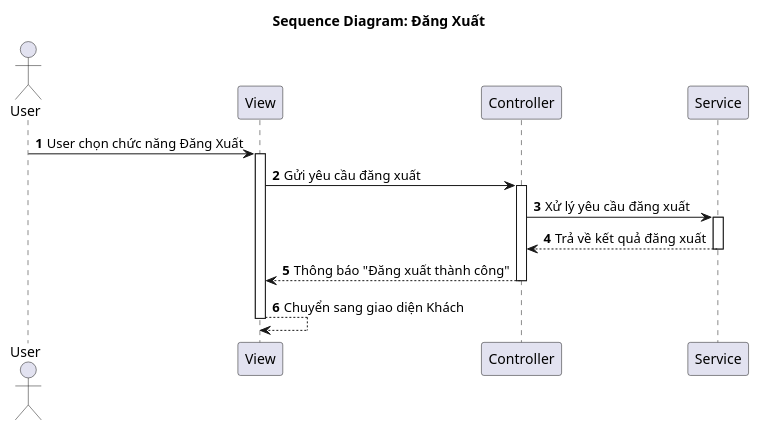
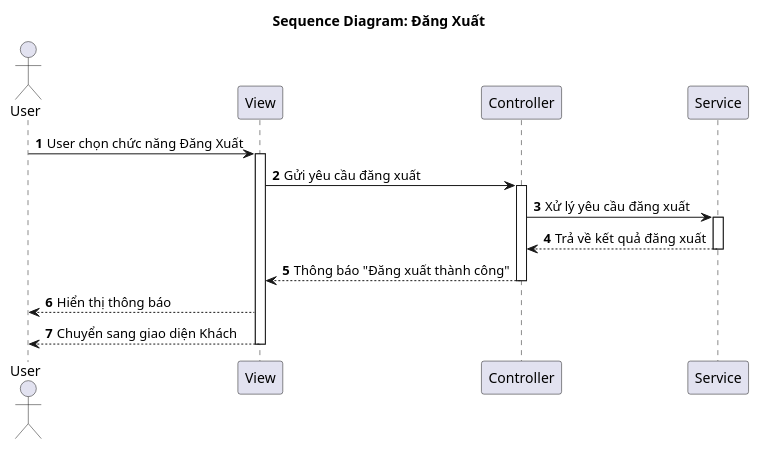
One commit to vinh047/soundwave changed the diagram in Diagrams/SequenceDiagram/LogoutSD.plantuml. Above: the diagram before and after it, drawn with PlantUML. The commit also changed 24 other files, not shown here.

Commit message:
Đổi đường đi của Hiển thị trong SD

```diff
--- a/Diagrams/SequenceDiagram/LogoutSD.plantuml
+++ b/Diagrams/SequenceDiagram/LogoutSD.plantuml
@@ -1,24 +1,25 @@
 @startuml SD
 
 actor "User" as User
 participant "View" as View
 participant "Controller" as Controller
 participant "Service" as Service
 
 title Sequence Diagram: Đăng Xuất
 
 autonumber
 
 User -> View: User chọn chức năng Đăng Xuất
 activate View
 View -> Controller: Gửi yêu cầu đăng xuất
 activate Controller
 Controller -> Service: Xử lý yêu cầu đăng xuất
 activate Service
 Service --> Controller: Trả về kết quả đăng xuất
 deactivate Service
 Controller --> View: Thông báo "Đăng xuất thành công"
 deactivate Controller
-View --> View: Chuyển sang giao diện Khách
+View --> User: Hiển thị thông báo
+View --> User: Chuyển sang giao diện Khách
 deactivate View
 @enduml
```
